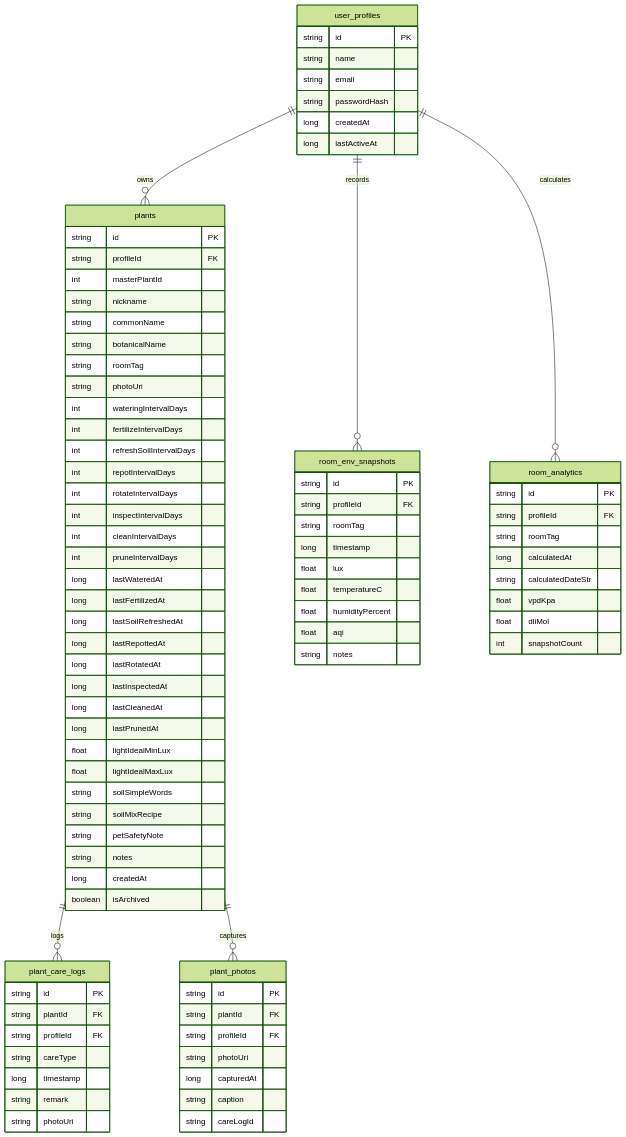
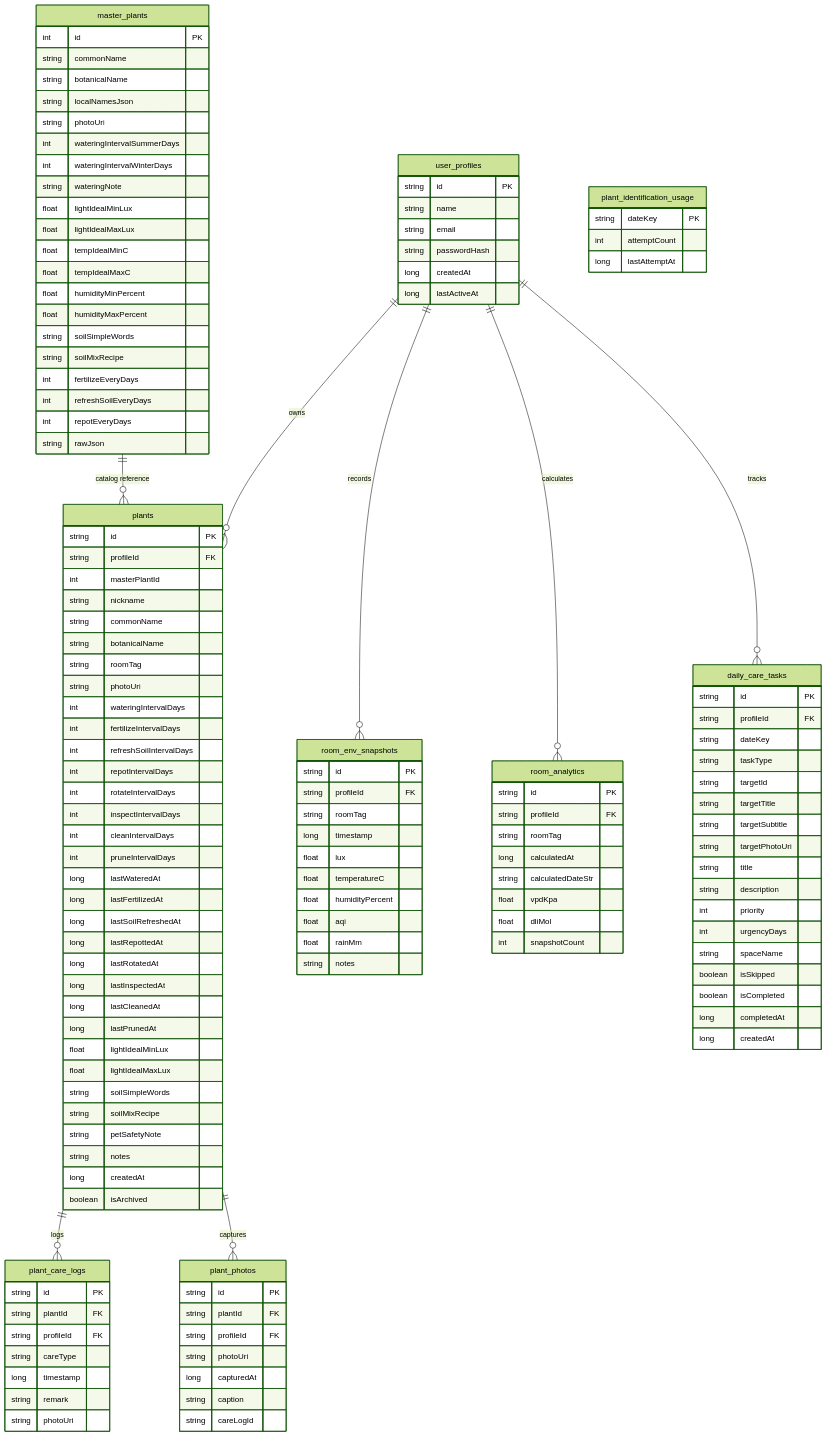
The diagram in docs/PRODUCT_AND_TECHNICAL_DESIGN_v0.5.md (supratik090/happyPlants), drawn with Mermaid (forest theme) before and after one commit. The commit also changed other lines of this file and 79 other files, not shown here.

````diff
--- a/docs/PRODUCT_AND_TECHNICAL_DESIGN_v0.5.md
+++ b/docs/PRODUCT_AND_TECHNICAL_DESIGN_v0.5.md
@@ -51,8 +51,10 @@
     user_profiles ||--o{ plants : "owns"
     user_profiles ||--o{ room_env_snapshots : "records"
     user_profiles ||--o{ room_analytics : "calculates"
+    user_profiles ||--o{ daily_care_tasks : "tracks"
     plants ||--o{ plant_care_logs : "logs"
     plants ||--o{ plant_photos : "captures"
+    master_plants ||--o{ plants : "catalog reference"
 
     user_profiles {
         string id PK
@@ -127,6 +129,7 @@
         float temperatureC
         float humidityPercent
         float aqi
+        float rainMm
         string notes
     }
 
@@ -140,4 +143,53 @@
         float dliMol
         int snapshotCount
     }
+
+    master_plants {
+        int id PK
+        string commonName
+        string botanicalName
+        string localNamesJson
+        string photoUri
+        int wateringIntervalSummerDays
+        int wateringIntervalWinterDays
+        string wateringNote
+        float lightIdealMinLux
+        float lightIdealMaxLux
+        float tempIdealMinC
+        float tempIdealMaxC
+        float humidityMinPercent
+        float humidityMaxPercent
+        string soilSimpleWords
+        string soilMixRecipe
+        int fertilizeEveryDays
+        int refreshSoilEveryDays
+        int repotEveryDays
+        string rawJson
+    }
+
+    plant_identification_usage {
+        string dateKey PK
+        int attemptCount
+        long lastAttemptAt
+    }
+
+    daily_care_tasks {
+        string id PK
+        string profileId FK
+        string dateKey
+        string taskType
+        string targetId
+        string targetTitle
+        string targetSubtitle
+        string targetPhotoUri
+        string title
+        string description
+        int priority
+        int urgencyDays
+        string spaceName
+        boolean isSkipped
+        boolean isCompleted
+        long completedAt
+        long createdAt
+    }
 ```
````
